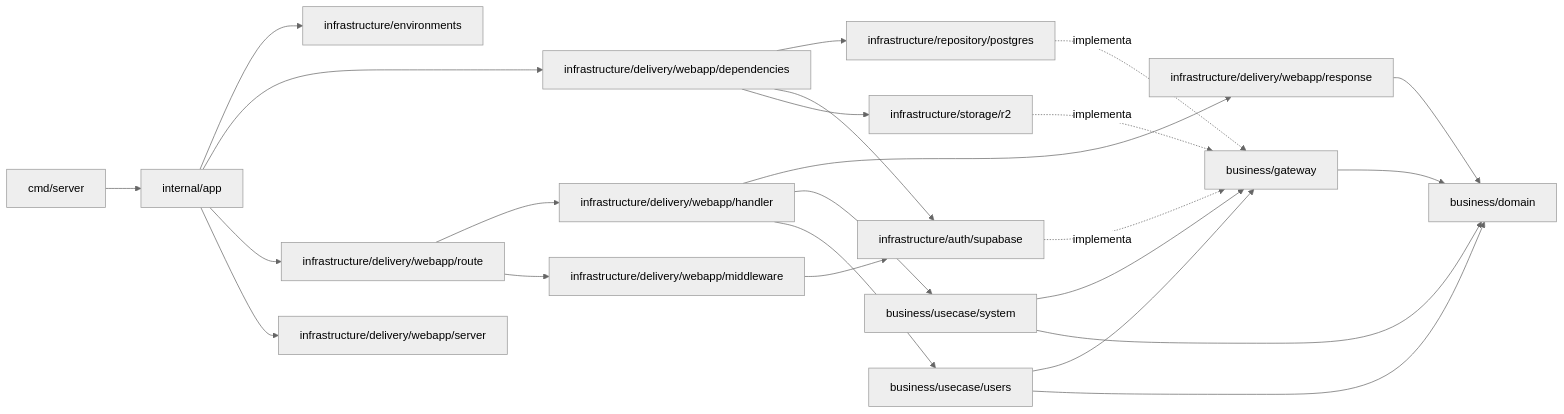
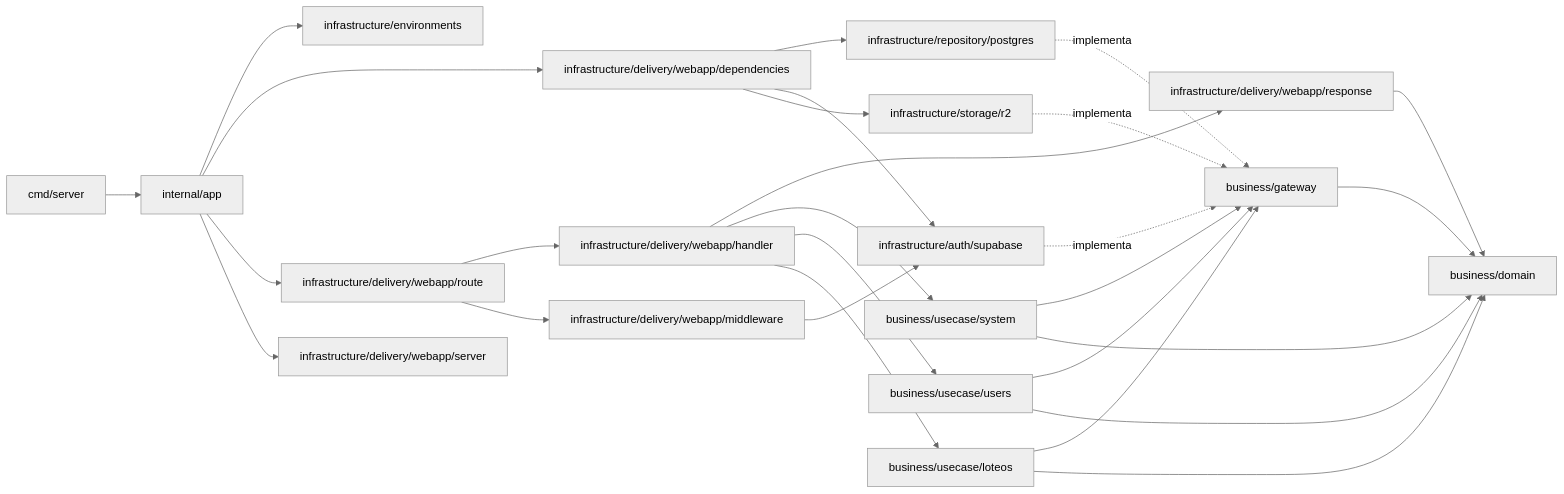
One commit to LoteoApp/LoteosAPP changed the second of 2 diagrams in docs/architecture.md. Above: the diagram before and after it, drawn with Mermaid (neutral theme). The commit also changed other lines of this file and 40 other files, not shown here.

````diff
--- a/docs/architecture.md
+++ b/docs/architecture.md
@@ -185,26 +202,29 @@
 ```mermaid
 flowchart LR
     main["cmd/server"] --> app["internal/app"]
     app --> environments["infrastructure/environments"]
     app --> deps["infrastructure/delivery/webapp/dependencies"]
     app --> route["infrastructure/delivery/webapp/route"]
     app --> server["infrastructure/delivery/webapp/server"]
     deps --> repo["infrastructure/repository/postgres"]
     deps --> supabase["infrastructure/auth/supabase"]
     deps --> storage["infrastructure/storage/r2"]
     route --> handler["infrastructure/delivery/webapp/handler"]
     route --> middleware["infrastructure/delivery/webapp/middleware"]
     middleware --> supabase
     handler --> response["infrastructure/delivery/webapp/response"]
     handler --> usecaseSystem["business/usecase/system"]
     handler --> usecaseUsers["business/usecase/users"]
+    handler --> usecaseLoteos["business/usecase/loteos"]
     repo -.implementa.-> gateway["business/gateway"]
     supabase -.implementa.-> gateway
     storage -.implementa.-> gateway
     usecaseSystem --> gateway
     usecaseUsers --> gateway
+    usecaseLoteos --> gateway
     usecaseSystem --> domain["business/domain"]
     usecaseUsers --> domain
+    usecaseLoteos --> domain
     response --> domain
     gateway --> domain
 ```
````
